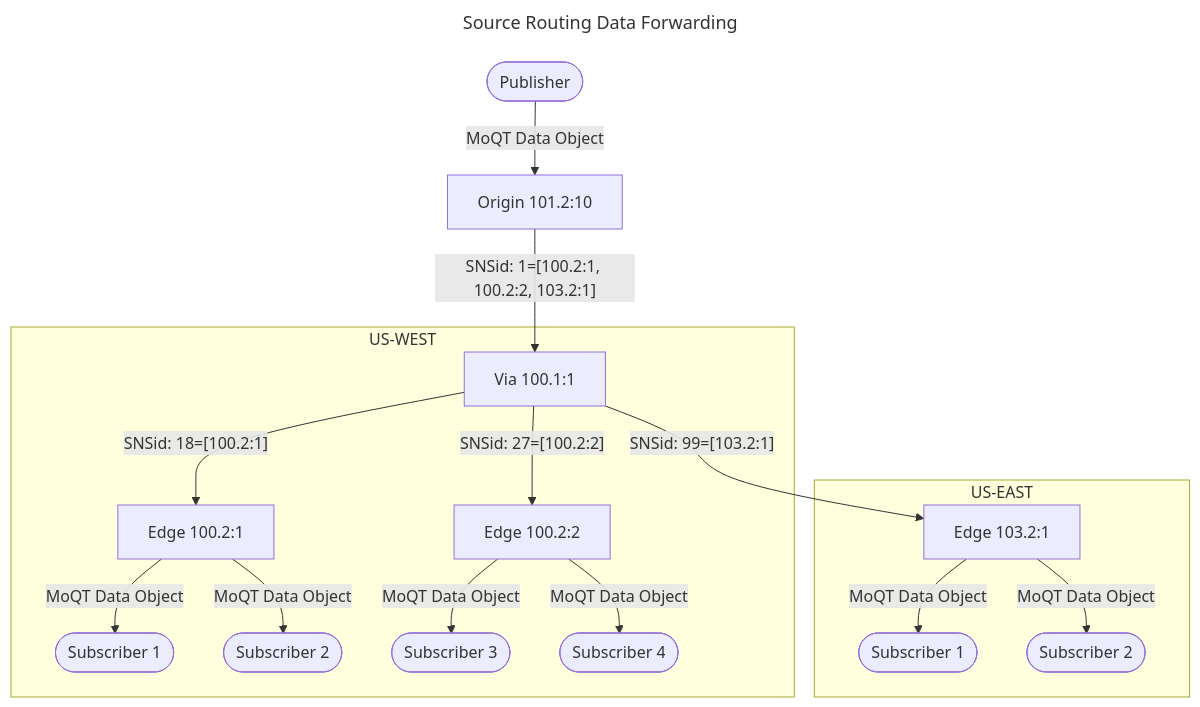
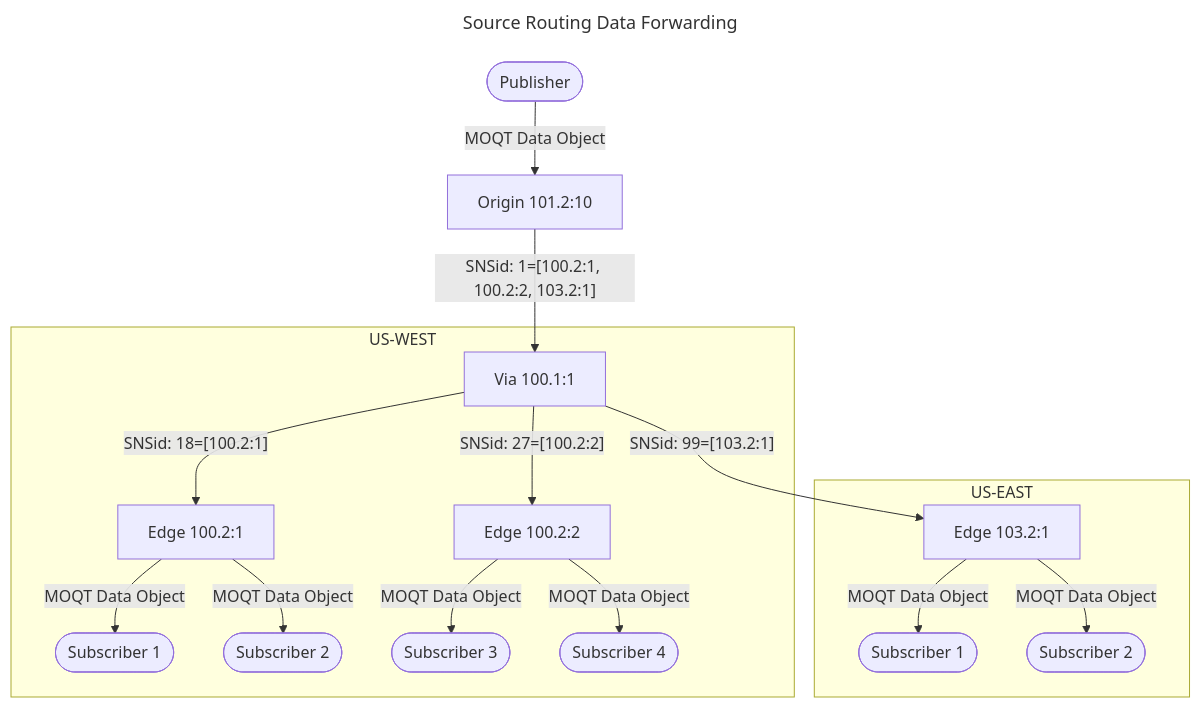
One commit to Quicr/laps changed diagram 15 of 24 in docs/relay-protocol.md. Above: the diagram before and after it, drawn with Mermaid. The commit also changed other lines of this file, not shown here.

````diff
--- a/docs/relay-protocol.md
+++ b/docs/relay-protocol.md
@@ -806,23 +807,23 @@
 ```mermaid
 ---
 title: Source Routing Data Forwarding
 ---
 flowchart TD
-    P([Publisher]) -- MoQT Data Object --> OE[Origin 101.2:10]
+    P([Publisher]) -- MOQT Data Object --> OE[Origin 101.2:10]
     OE -- " SNSid: 1=[100.2:1, 100.2:2, 103.2:1] " --> V1[Via 100.1:1]
 
     subgraph US-WEST
         V1 -- " SNSid: 18=[100.2:1] " --> w1[Edge 100.2:1]
-        w1 -- MoQT Data Object --> wS1([Subscriber 1])
-        w1 -- MoQT Data Object --> wS2([Subscriber 2])
+        w1 -- MOQT Data Object --> wS1([Subscriber 1])
+        w1 -- MOQT Data Object --> wS2([Subscriber 2])
         V1 -- " SNSid: 27=[100.2:2] " --> w2[Edge 100.2:2]
-        w2 -- MoQT Data Object --> wS3([Subscriber 3])
-        w2 -- MoQT Data Object --> wS4([Subscriber 4])
+        w2 -- MOQT Data Object --> wS3([Subscriber 3])
+        w2 -- MOQT Data Object --> wS4([Subscriber 4])
     end
     subgraph US-EAST
         V1 -- " SNSid: 99=[103.2:1] " --> e1[Edge 103.2:1]
-        e1 -- MoQT Data Object --> eS3([Subscriber 1])
-        e1 -- MoQT Data Object --> eS4([Subscriber 2])
+        e1 -- MOQT Data Object --> eS3([Subscriber 1])
+        e1 -- MOQT Data Object --> eS4([Subscriber 2])
 
     end
 ```
````
